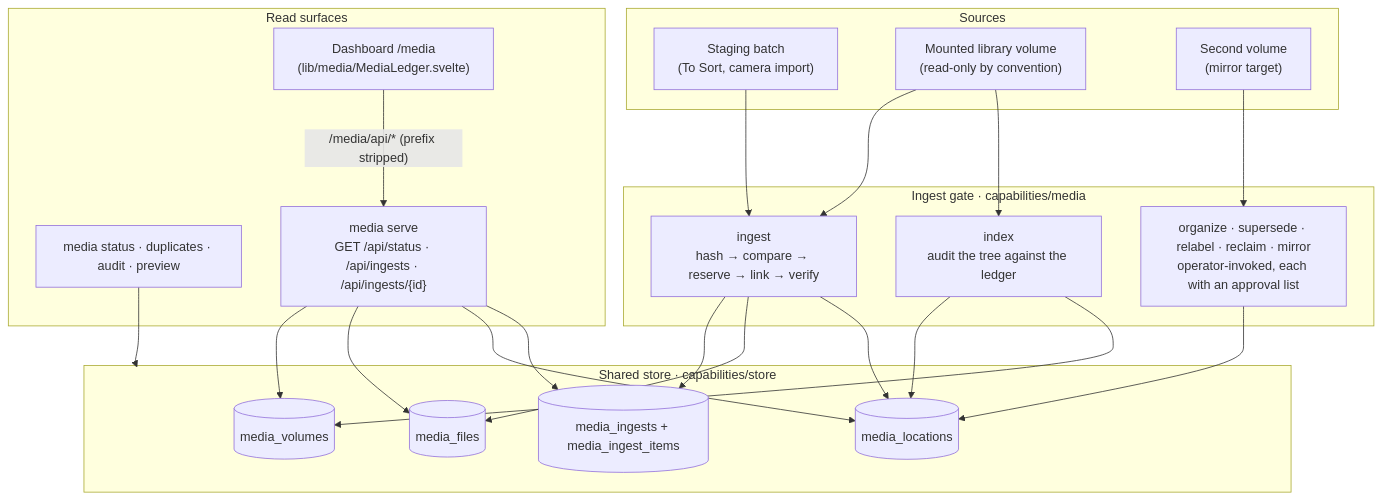
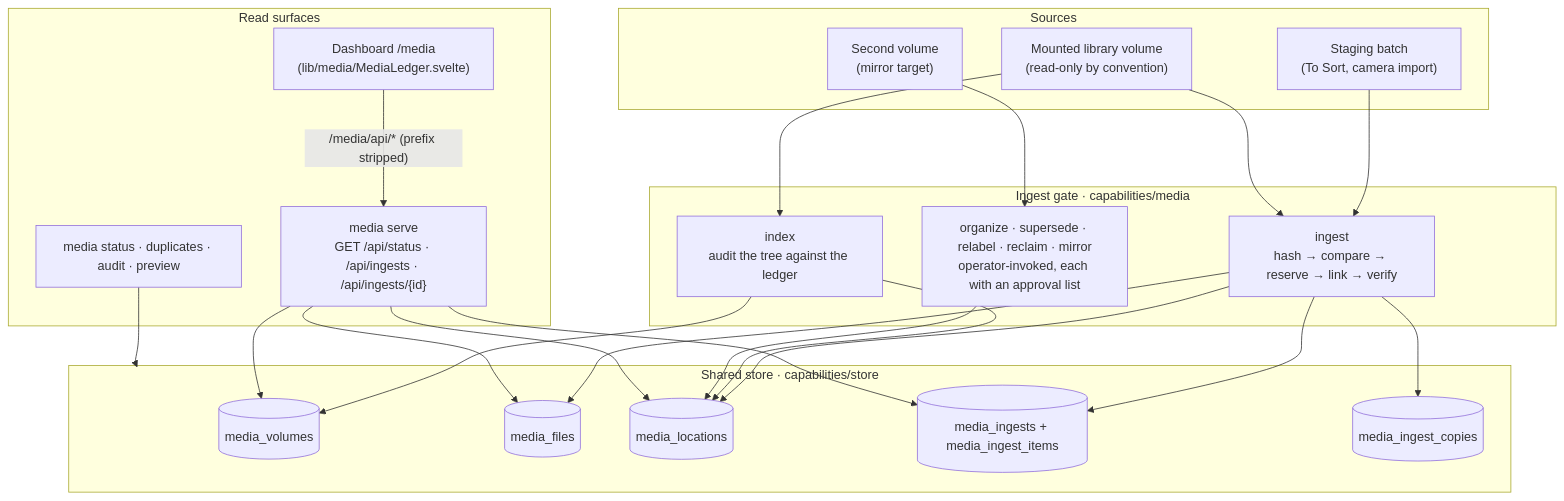
One commit to larsboes/Sjel changed the diagram in docs/capabilities/media.md. Above: the diagram before and after it, drawn with Mermaid. The commit also changed other lines of this file and 23 other files, not shown here.

Commit message:
docs: sync architecture, operations, and capability contracts

````diff
--- a/docs/capabilities/media.md
+++ b/docs/capabilities/media.md
@@ -7,44 +7,46 @@
 ```mermaid
 flowchart TD
     subgraph Input["Sources"]
         Staging["Staging batch\n(To Sort, camera import)"]
         Library["Mounted library volume\n(read-only by convention)"]
         Mirror["Second volume\n(mirror target)"]
     end
 
     subgraph Gate["Ingest gate · capabilities/media"]
         Ingest["ingest\nhash → compare → reserve → link → verify"]
         Index["index\naudit the tree against the ledger"]
         Verbs["organize · supersede · relabel · reclaim · mirror\noperator-invoked, each with an approval list"]
     end
 
     subgraph Store["Shared store · capabilities/store"]
         Volumes[("media_volumes")]
         Files[("media_files")]
         Locations[("media_locations")]
         Runs[("media_ingests + media_ingest_items")]
+        Copies[("media_ingest_copies")]
     end
 
     subgraph Read["Read surfaces"]
         CLI["media status · duplicates · audit · preview"]
         HTTP["media serve\nGET /api/status · /api/ingests · /api/ingests/{id}"]
         Panel["Dashboard /media\n(lib/media/MediaLedger.svelte)"]
     end
 
     Staging --> Ingest
     Library --> Ingest
     Library --> Index
     Mirror --> Verbs
     Ingest --> Runs
+    Ingest --> Copies
     Ingest --> Files
     Ingest --> Locations
     Index --> Locations
     Index --> Volumes
     Verbs --> Locations
     HTTP --> Volumes
     HTTP --> Files
     HTTP --> Locations
     HTTP --> Runs
     Panel -->|"/media/api/* (prefix stripped)"| HTTP
     CLI --> Store
 ```
````
